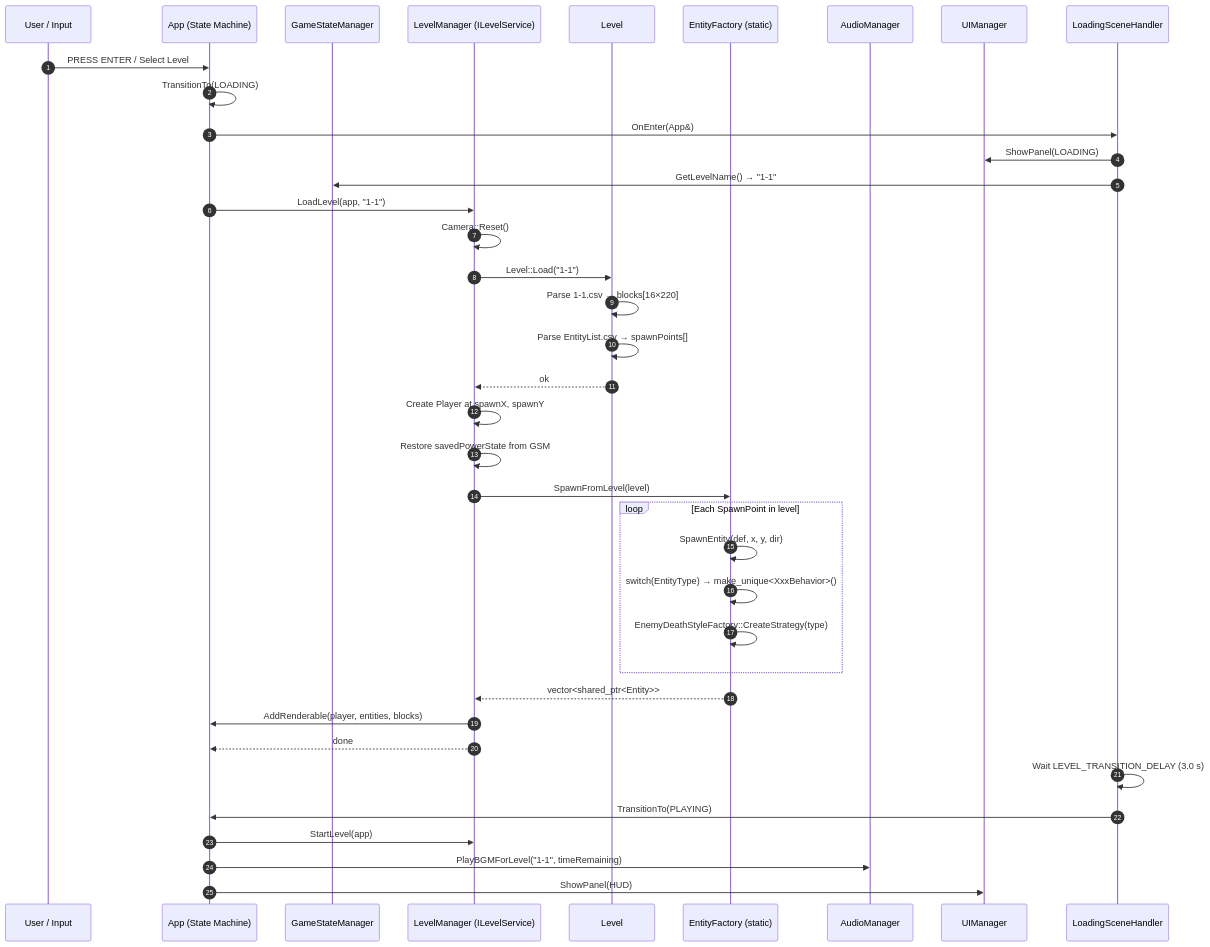
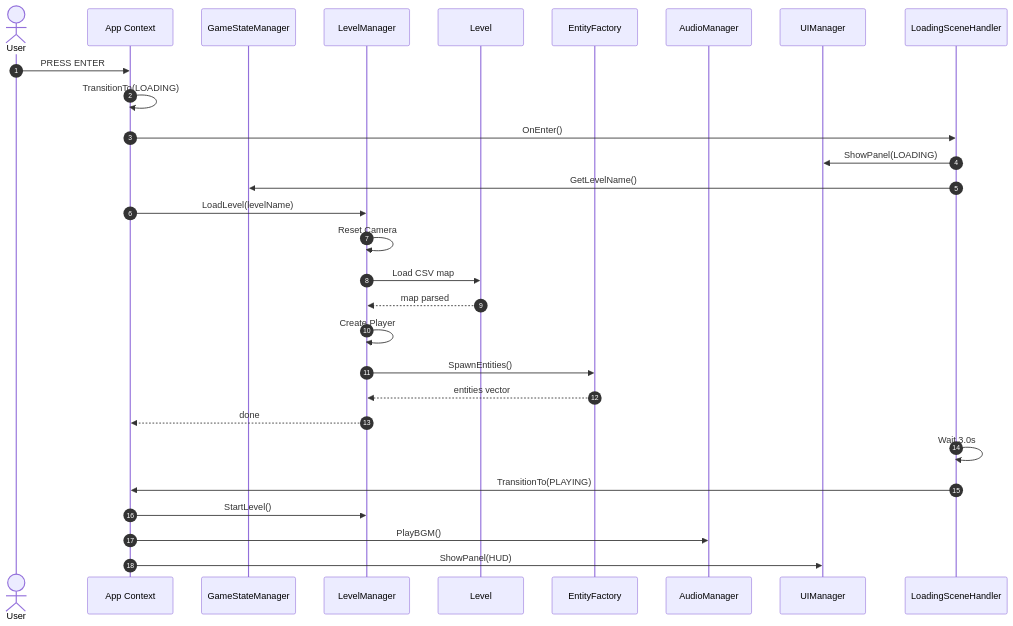
Diagram 21 of 23 in Constructure.md (Andy87877/NTUT_OOPL_mario), drawn with Mermaid before and after one commit. The commit also changed other lines of this file, not shown here.

Commit message:
Implement feature X to enhance user experience and optimize performance

````diff
--- a/Constructure.md
+++ b/Constructure.md
@@ -1591,46 +1533,34 @@
 ```mermaid
 sequenceDiagram
     autonumber
-    participant User  as User / Input
-    participant App   as App (State Machine)
-    participant GSM   as GameStateManager
-    participant LM    as LevelManager (ILevelService)
-    participant Lv    as Level
-    participant EF    as EntityFactory (static)
-    participant AM    as AudioManager
-    participant UM    as UIManager
-    participant LSH   as LoadingSceneHandler
+    actor User as User
+    participant App as App Context
+    participant GSM as GameStateManager
+    participant LM as LevelManager
+    participant Lv as Level
+    participant EF as EntityFactory
+    participant AM as AudioManager
+    participant UM as UIManager
+    participant LSH as LoadingSceneHandler
 
-    User->>App: PRESS ENTER / Select Level
+    User->>App: PRESS ENTER
     App->>App: TransitionTo(LOADING)
-    App->>LSH: OnEnter(App&)
+    App->>LSH: OnEnter()
     LSH->>UM: ShowPanel(LOADING)
-    LSH->>GSM: GetLevelName() → "1-1"
+    LSH->>GSM: GetLevelName()
 
-    App->>LM: LoadLevel(app, "1-1")
-    LM->>LM: Camera::Reset()
-    LM->>Lv: Level::Load("1-1")
-    Lv->>Lv: Parse 1-1.csv → blocks[16×220]
-    Lv->>Lv: Parse EntityList.csv → spawnPoints[]
-    Lv-->>LM: ok
-
-    LM->>LM: Create Player at spawnX, spawnY
-    LM->>LM: Restore savedPowerState from GSM
-
-    LM->>EF: SpawnFromLevel(level)
-    loop Each SpawnPoint in level
-        EF->>EF: SpawnEntity(def, x, y, dir)
-        EF->>EF: switch(EntityType) → make_unique<XxxBehavior>()
-        EF->>EF: EnemyDeathStyleFactory::CreateStrategy(type)
-    end
-    EF-->>LM: vector<shared_ptr<Entity>>
-
-    LM->>App: AddRenderable(player, entities, blocks)
+    App->>LM: LoadLevel(levelName)
+    LM->>LM: Reset Camera
+    LM->>Lv: Load CSV map
+    Lv-->>LM: map parsed
+    LM->>LM: Create Player
+    LM->>EF: SpawnEntities()
+    EF-->>LM: entities vector
     LM-->>App: done
 
-    LSH->>LSH: Wait LEVEL_TRANSITION_DELAY (3.0 s)
+    LSH->>LSH: Wait 3.0s
     LSH->>App: TransitionTo(PLAYING)
-    App->>LM: StartLevel(app)
-    App->>AM: PlayBGMForLevel("1-1", timeRemaining)
+    App->>LM: StartLevel()
+    App->>AM: PlayBGM()
     App->>UM: ShowPanel(HUD)
 ```
````
